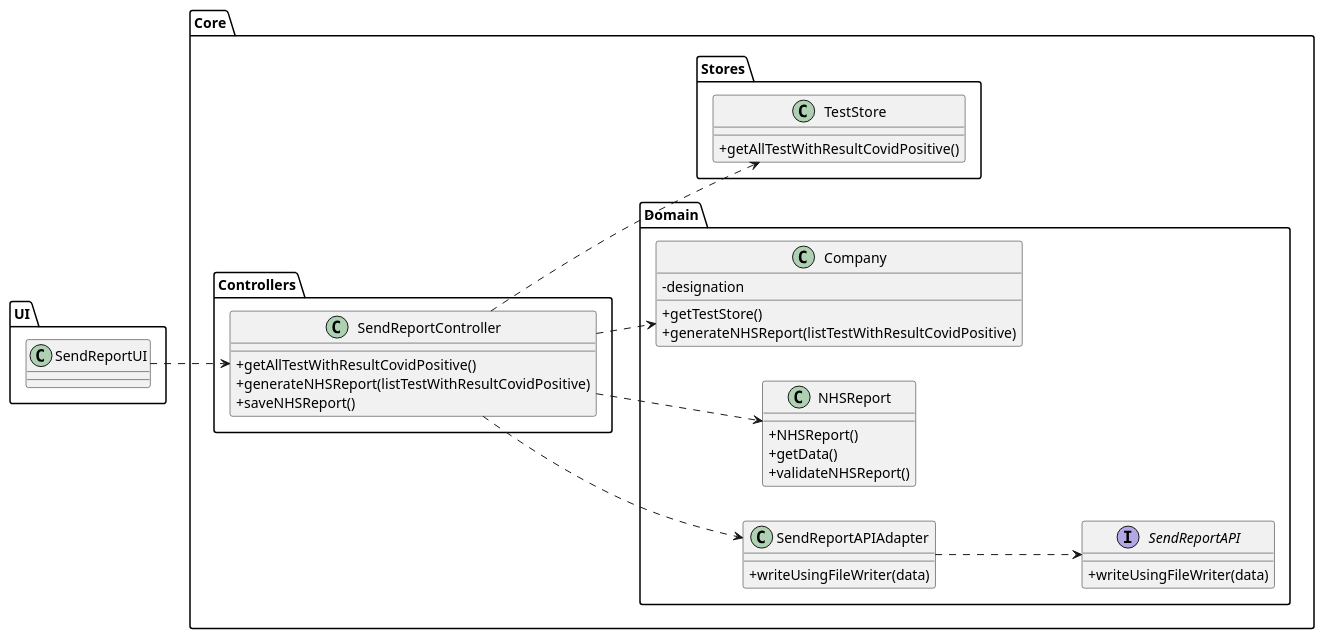
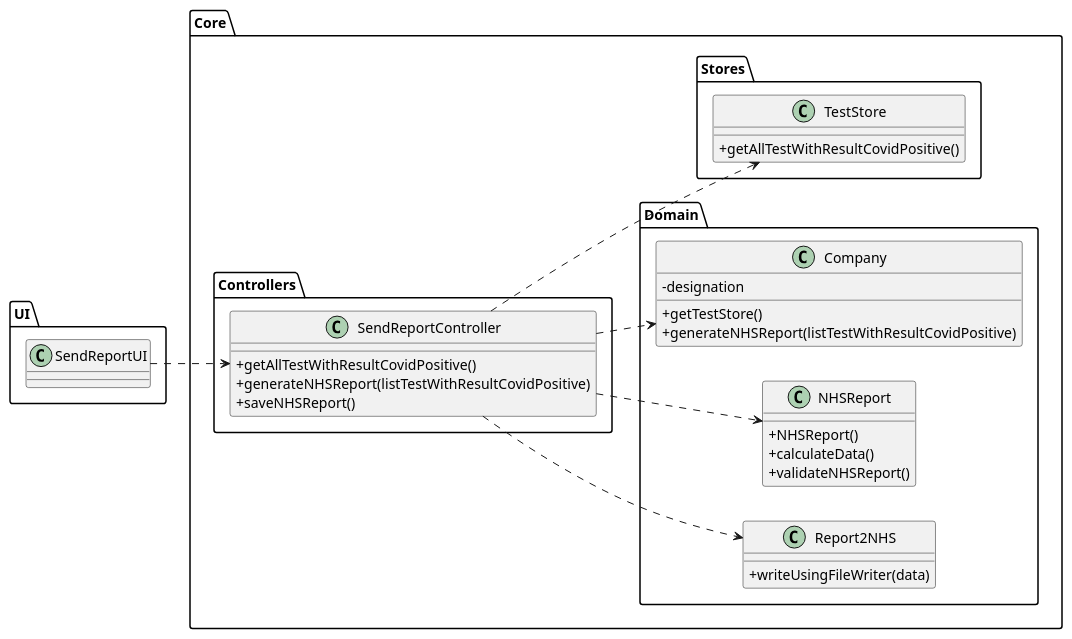
One commit to 0franciscor/lei-21-s2-1de-g19 changed the diagram in docs/SprintD/US18/US18-CD.puml. Above: the diagram before and after it, drawn with PlantUML. The commit also changed 4 other files, not shown here.

```diff
--- a/docs/SprintD/US18/US18-CD.puml
+++ b/docs/SprintD/US18/US18-CD.puml
@@ -1,58 +1,54 @@
 @startuml
 'https://plantuml.com/class-diagram
 
 skinparam classAttributeIconSize 0
 left to right direction
 
 package Core{
 
 package Controllers{
 class "SendReportController" as SRC {
 +getAllTestWithResultCovidPositive()
 +generateNHSReport(listTestWithResultCovidPositive)
 +saveNHSReport()
 }
 }
 
 package Domain{
 class "Company" as C {
 -designation
 +getTestStore()
 +generateNHSReport(listTestWithResultCovidPositive)
 }
 
 class "NHSReport" as NHSR {
 +NHSReport()
-+getData()
++calculateData()
 +validateNHSReport()
 }
 
-class "SendReportAPIAdapter" as SRAPIA {
+class "Report2NHS" as R2NHS {
 +writeUsingFileWriter(data)
 }
 
-interface "SendReportAPI" as SRAPI {
-+writeUsingFileWriter(data)
-}
 }
 
 package Stores{
 
 class "TestStore" as TS {
 +getAllTestWithResultCovidPositive()
 }
 }
 }
 
 package UI{
 class "SendReportUI" as SRUI
 }
 
 SRUI ..> SRC
 SRC ..> C
 SRC ..> TS
 SRC ..> NHSR
-SRC ..> SRAPIA
-SRAPIA ..> SRAPI
+SRC ..> R2NHS
 
 @enduml
```
